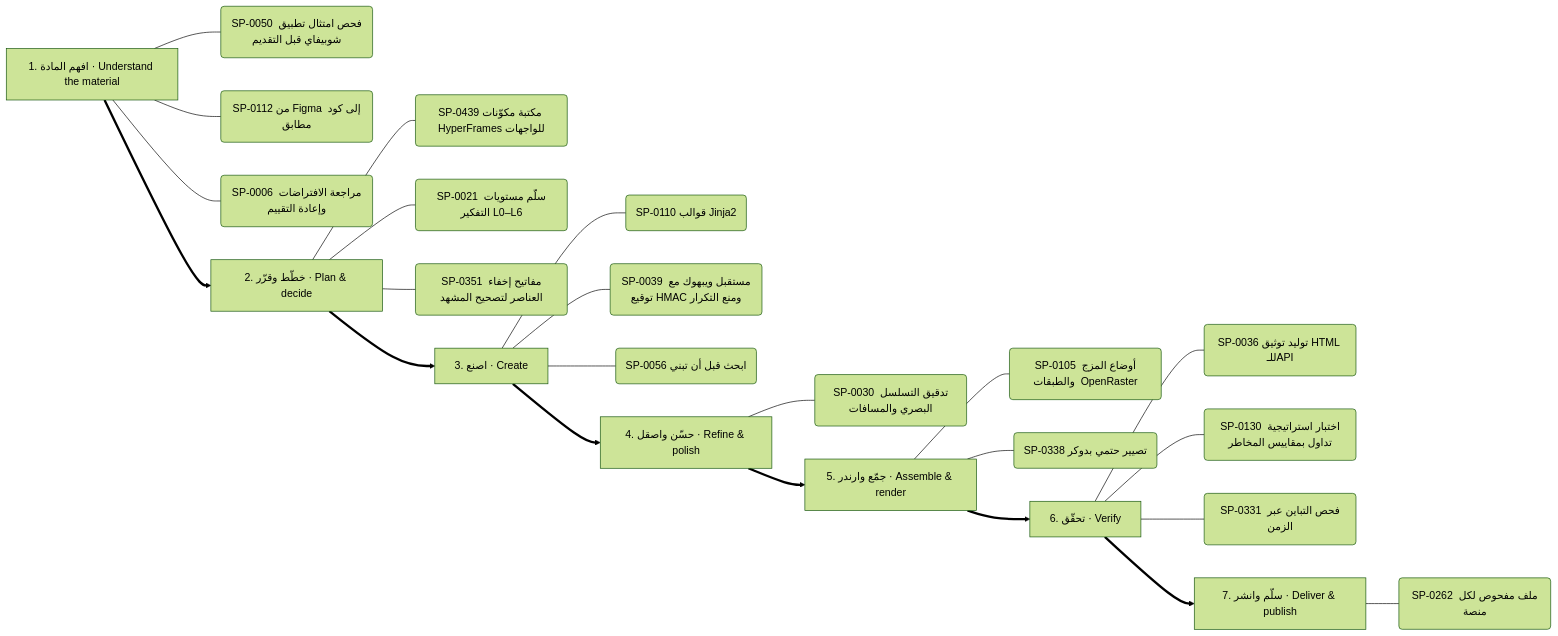
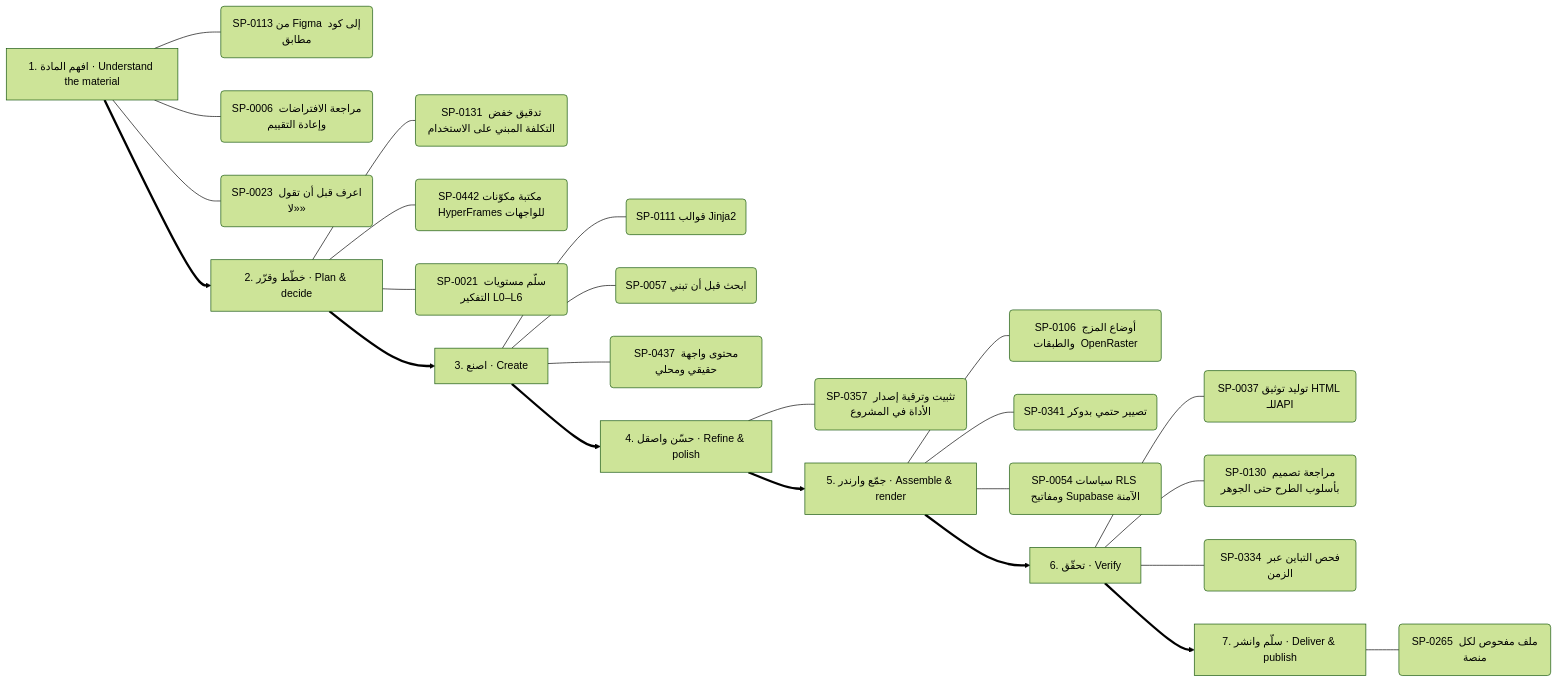
One commit to kosif199022-jpg/kosif-tool changed the ninth of 13 diagrams in .claude/skills/kosif-superpowers/references/capability-mindmap.md. Above: the diagram before and after it, drawn with Mermaid (forest theme). The commit also changed other lines of this file and 46 other files, not shown here.

````diff
--- a/.claude/skills/kosif-superpowers/references/capability-mindmap.md
+++ b/.claude/skills/kosif-superpowers/references/capability-mindmap.md
@@ -455,32 +455,33 @@
 ```mermaid
 flowchart LR
   S0["1. افهم المادة · Understand the material"]
-  S0 --- S0_0("SP-0050 فحص امتثال تطبيق شوبيفاي قبل التقديم")
-  S0 --- S0_1("SP-0112 من Figma إلى كود مطابق")
-  S0 --- S0_2("SP-0006 مراجعة الافتراضات وإعادة التقييم")
+  S0 --- S0_0("SP-0113 من Figma إلى كود مطابق")
+  S0 --- S0_1("SP-0006 مراجعة الافتراضات وإعادة التقييم")
+  S0 --- S0_2("SP-0023 اعرف قبل أن تقول «لا»")
   S1["2. خطّط وقرّر · Plan & decide"]
-  S1 --- S1_0("SP-0439 مكتبة مكوّنات HyperFrames للواجهات")
-  S1 --- S1_1("SP-0021 سلّم مستويات التفكير L0–L6")
-  S1 --- S1_2("SP-0351 مفاتيح إخفاء العناصر لتصحيح المشهد")
+  S1 --- S1_0("SP-0131 تدقيق خفض التكلفة المبني على الاستخدام")
+  S1 --- S1_1("SP-0442 مكتبة مكوّنات HyperFrames للواجهات")
+  S1 --- S1_2("SP-0021 سلّم مستويات التفكير L0–L6")
   S0 ==> S1
   S2["3. اصنع · Create"]
-  S2 --- S2_0("SP-0110 قوالب Jinja2")
-  S2 --- S2_1("SP-0039 مستقبل ويبهوك مع توقيع HMAC ومنع التكرار")
-  S2 --- S2_2("SP-0056 ابحث قبل أن تبني")
+  S2 --- S2_0("SP-0111 قوالب Jinja2")
+  S2 --- S2_1("SP-0057 ابحث قبل أن تبني")
+  S2 --- S2_2("SP-0437 محتوى واجهة حقيقي ومحلي")
   S1 ==> S2
   S3["4. حسّن واصقل · Refine & polish"]
-  S3 --- S3_0("SP-0030 تدقيق التسلسل البصري والمسافات")
+  S3 --- S3_0("SP-0357 تثبيت وترقية إصدار الأداة في المشروع")
   S2 ==> S3
   S4["5. جمّع وارندر · Assemble & render"]
-  S4 --- S4_0("SP-0105 أوضاع المزج والطبقات  OpenRaster ")
-  S4 --- S4_1("SP-0338 تصيير حتمي بدوكر")
+  S4 --- S4_0("SP-0106 أوضاع المزج والطبقات  OpenRaster ")
+  S4 --- S4_1("SP-0341 تصيير حتمي بدوكر")
+  S4 --- S4_2("SP-0054 سياسات RLS ومفاتيح Supabase الآمنة")
   S3 ==> S4
   S5["6. تحقّق · Verify"]
-  S5 --- S5_0("SP-0036 توليد توثيق HTML للـAPI")
-  S5 --- S5_1("SP-0130 اختبار استراتيجية تداول بمقاييس المخاطر")
-  S5 --- S5_2("SP-0331 فحص التباين عبر الزمن")
+  S5 --- S5_0("SP-0037 توليد توثيق HTML للـAPI")
+  S5 --- S5_1("SP-0130 مراجعة تصميم بأسلوب الطرح حتى الجوهر")
+  S5 --- S5_2("SP-0334 فحص التباين عبر الزمن")
   S4 ==> S5
   S6["7. سلّم وانشر · Deliver & publish"]
-  S6 --- S6_0("SP-0262 ملف مفحوص لكل منصة")
+  S6 --- S6_0("SP-0265 ملف مفحوص لكل منصة")
   S5 ==> S6
 ```
````
